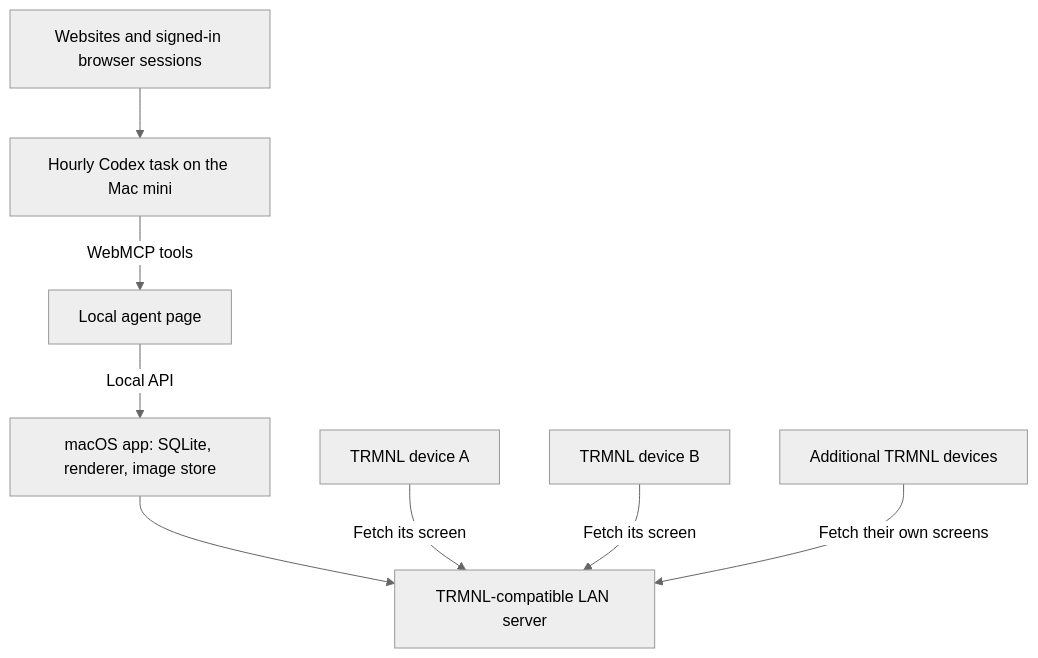
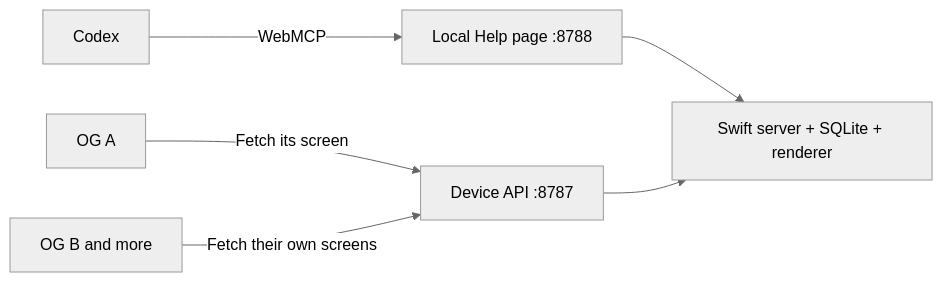
Before and after one commit to NerdOutInc/little-screens: the diagram in README.md, drawn with Mermaid (neutral theme). The commit also changed other lines of this file and 15 other files, not shown here.

Commit message:
Build local TRMNL menu bar server and WebMCP pairing flow

````diff
--- a/README.md
+++ b/README.md
@@ -38,10 +85,8 @@
 ```mermaid
-flowchart TD
-    Sources[Websites and signed-in browser sessions] --> Codex[Hourly Codex task on the Mac mini]
-    Codex -->|WebMCP tools| Page[Local agent page]
-    Page -->|Local API| App[macOS app: SQLite, renderer, image store]
-    App --> Server[TRMNL-compatible LAN server]
-    A[TRMNL device A] -->|Fetch its screen| Server
-    B[TRMNL device B] -->|Fetch its screen| Server
-    N[Additional TRMNL devices] -->|Fetch their own screens| Server
+flowchart LR
+    Codex -->|WebMCP| Help[Local Help page :8788]
+    Help --> App[Swift server + SQLite + renderer]
+    A[OG A] -->|Fetch its screen| LAN[Device API :8787]
+    B[OG B and more] -->|Fetch their own screens| LAN
+    LAN --> App
 ```
````
